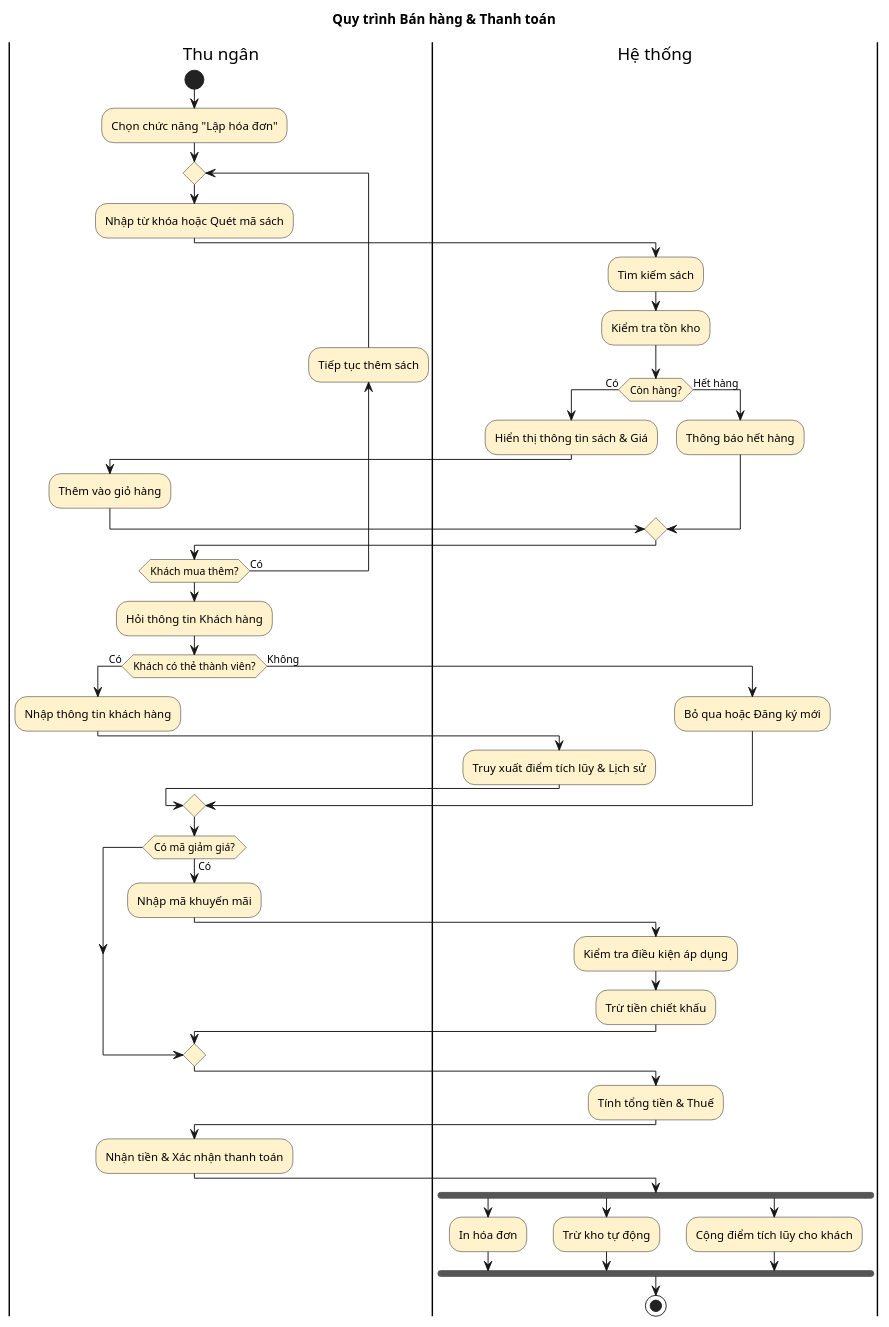
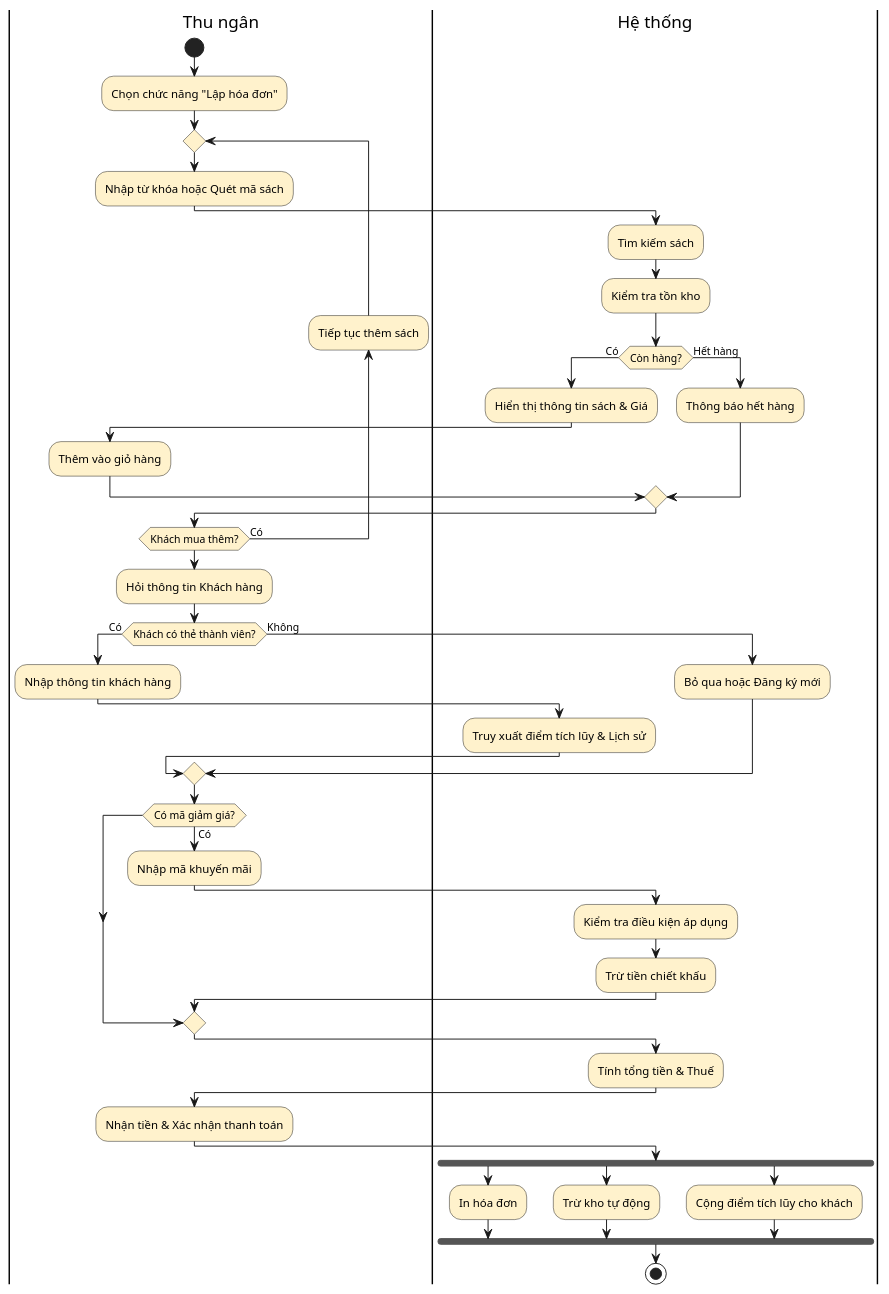
Before and after one commit to Kh0anh/QuanLyNhaSach: the diagram in docs/quy trình nghiệp vụ/thu ngân.plantuml, drawn with PlantUML. The commit also changed 8 other files, not shown here.

```diff
--- a/docs/quy trình nghiệp vụ/thu ngân.plantuml
+++ b/docs/quy trình nghiệp vụ/thu ngân.plantuml
@@ -1,57 +1,56 @@
 @startuml
-title Quy trình Bán hàng & Thanh toán
 skinparam ActivityBackgroundColor #FFF2CC
 
 |Thu ngân|
 start
 :Chọn chức năng "Lập hóa đơn";
 repeat
     :Nhập từ khóa hoặc Quét mã sách;
     |Hệ thống|
     :Tìm kiếm sách;
     :Kiểm tra tồn kho;
     if (Còn hàng?) then (Có)
         :Hiển thị thông tin sách & Giá;
         |Thu ngân|
         :Thêm vào giỏ hàng;
     else (Hết hàng)
         |Hệ thống|
         :Thông báo hết hàng;
     endif
 |Thu ngân|
 backward:Tiếp tục thêm sách;
 repeat while (Khách mua thêm?) is (Có)
 
 :Hỏi thông tin Khách hàng;
 if (Khách có thẻ thành viên?) then (Có)
     :Nhập thông tin khách hàng;
     |Hệ thống|
     :Truy xuất điểm tích lũy & Lịch sử;
 else (Không)
     :Bỏ qua hoặc Đăng ký mới;
 endif
 
 |Thu ngân|
 if (Có mã giảm giá?) then (Có)
     :Nhập mã khuyến mãi;
     |Hệ thống|
     :Kiểm tra điều kiện áp dụng;
     :Trừ tiền chiết khấu;
 endif
 
 |Hệ thống|
 :Tính tổng tiền & Thuế;
 |Thu ngân|
 :Nhận tiền & Xác nhận thanh toán;
 
 |Hệ thống|
 fork
     :In hóa đơn;
 fork again
     :Trừ kho tự động;
 fork again
     :Cộng điểm tích lũy cho khách;
 end fork
 
 stop
 @enduml
```
